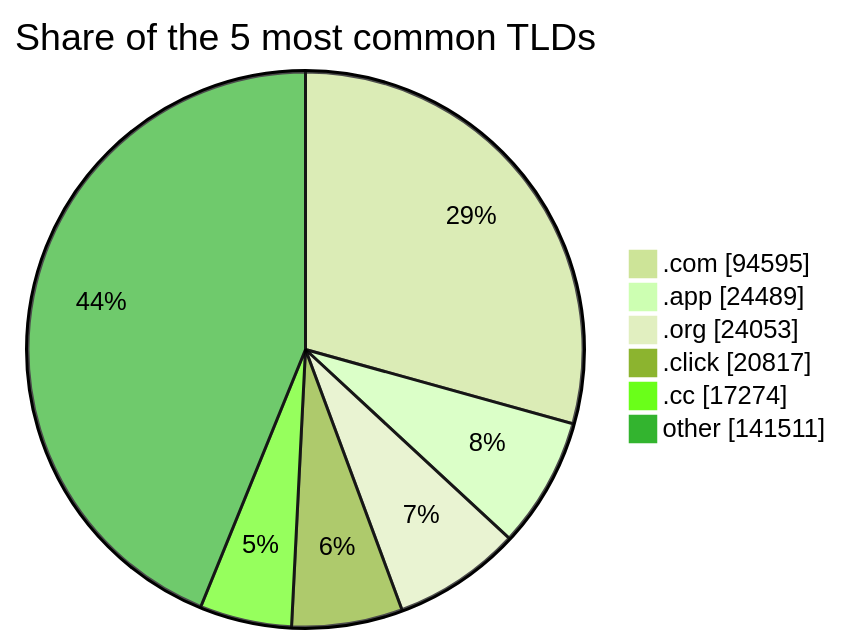
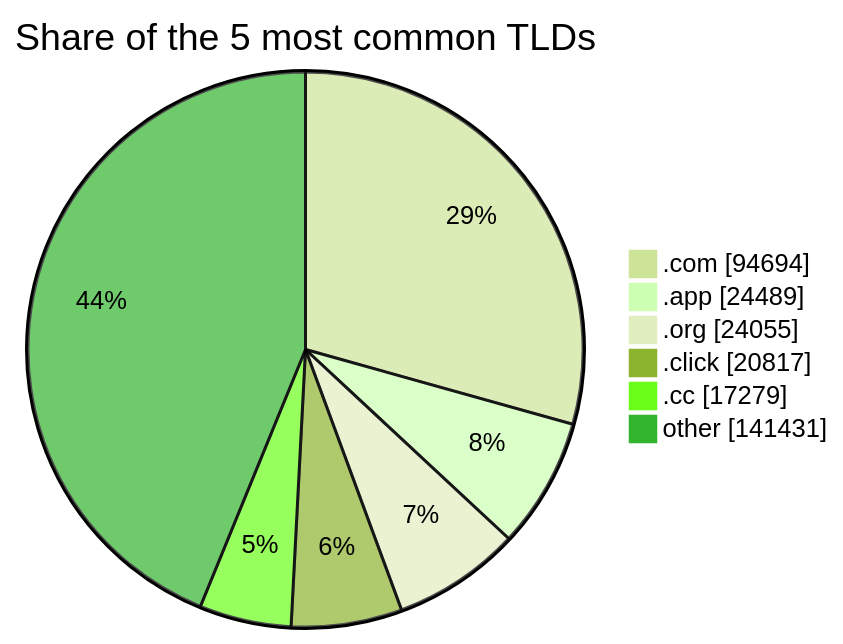
One commit to DNSBunker/CTI changed the third of 3 diagrams in README.md. Above: the diagram before and after it, drawn with Mermaid (forest theme). The commit also changed other lines of this file and 3 other files, not shown here.

````diff
--- a/README.md
+++ b/README.md
@@ -81,9 +81,9 @@
 ```mermaid
 pie showData title Share of the 5 most common TLDs
-    ".com" : 94595
+    ".com" : 94694
     ".app" : 24489
-    ".org" : 24053
+    ".org" : 24055
     ".click" : 20817
-    ".cc" : 17274
-    "other" : 141511
+    ".cc" : 17279
+    "other" : 141431
 ```
````
